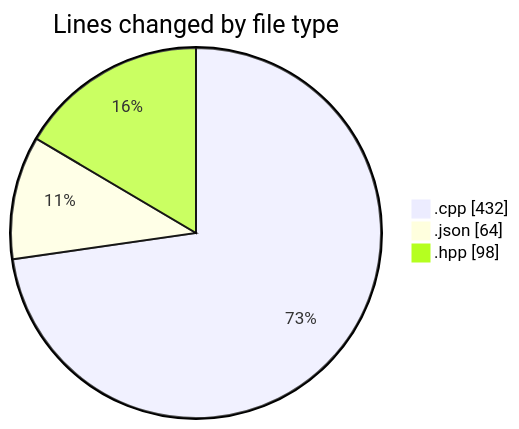
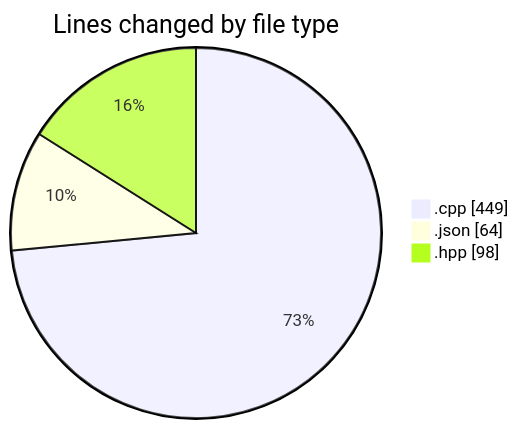
The first of 2 diagrams in 2025-04-28/date/README.md (Netris89/code-tracking), drawn with Mermaid before and after one commit. The commit also changed other lines of this file and 1 other file, not shown here.

````diff
--- a/2025-04-28/date/README.md
+++ b/2025-04-28/date/README.md
@@ -22,7 +22,7 @@
 ```mermaid
 pie showData
 title Lines changed by file type
-".cpp" : 432
+".cpp" : 449
 ".json" : 64
 ".hpp" : 98
 ```
````
